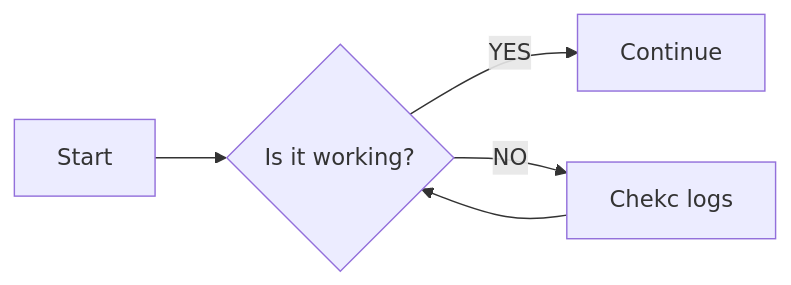
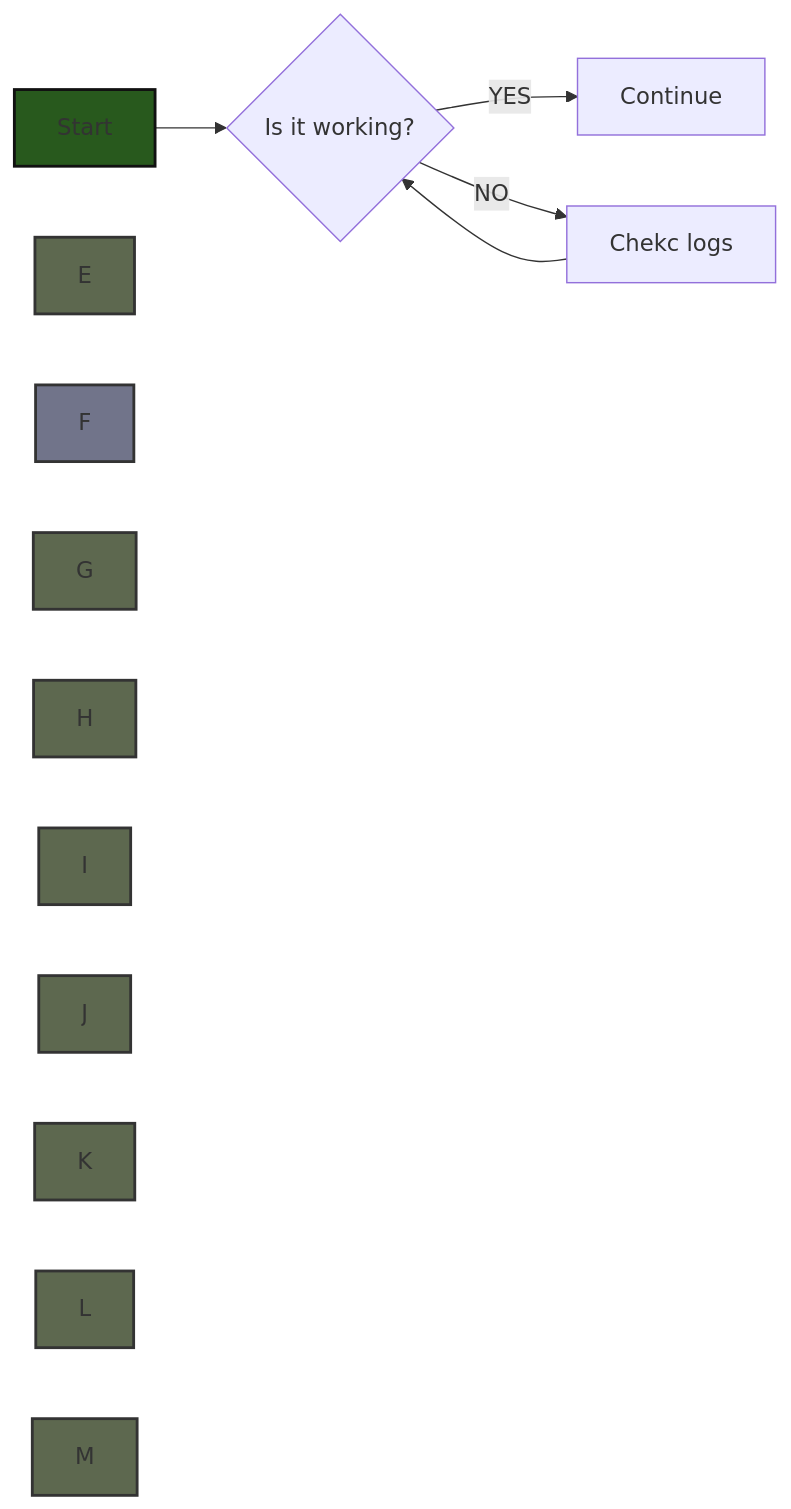
One commit to ClydeBila/dbt-tutorial changed the diagram in Documentation/Architecture.md. Above: the diagram before and after it, drawn with Mermaid.

````diff
--- a/Documentation/Architecture.md
+++ b/Documentation/Architecture.md
@@ -6,7 +6,19 @@
 ```mermaid 
 graph LR 
 A[Start] --> B{Is it working?}; 
 B --> |YES| C[Continue]; 
 B --> |NO| D[Chekc logs]; 
 D --> B; 
+
+style A fill:#28591d,stroke:#111,stroke-width:2px
+style E fill:#5d684f,stroke:#333,stroke-width:2px
+style F fill:#71748a,stroke:#333,stroke-width:2px
+style G fill:#5d684f,stroke:#333,stroke-width:2px
+style H fill:#5d684f,stroke:#333,stroke-width:2px
+style I fill:#5d684f,stroke:#333,stroke-width:2px
+style J fill:#5d684f,stroke:#333,stroke-width:2px
+style K fill:#5d684f,stroke:#333,stroke-width:2px
+style L fill:#5d684f,stroke:#333,stroke-width:2px
+style M fill:#5d684f,stroke:#333,stroke-width:2px
+
 ```
````
